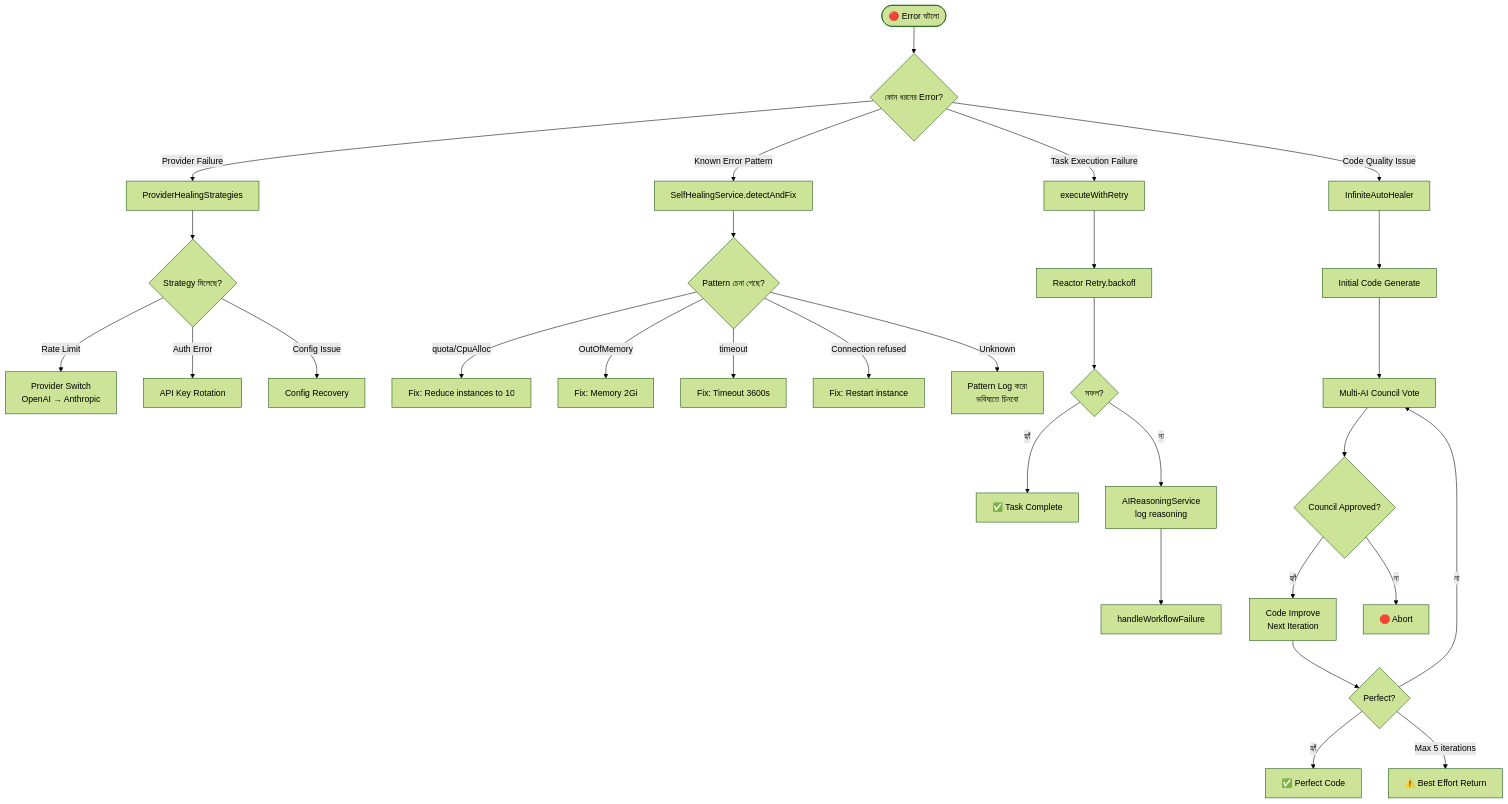
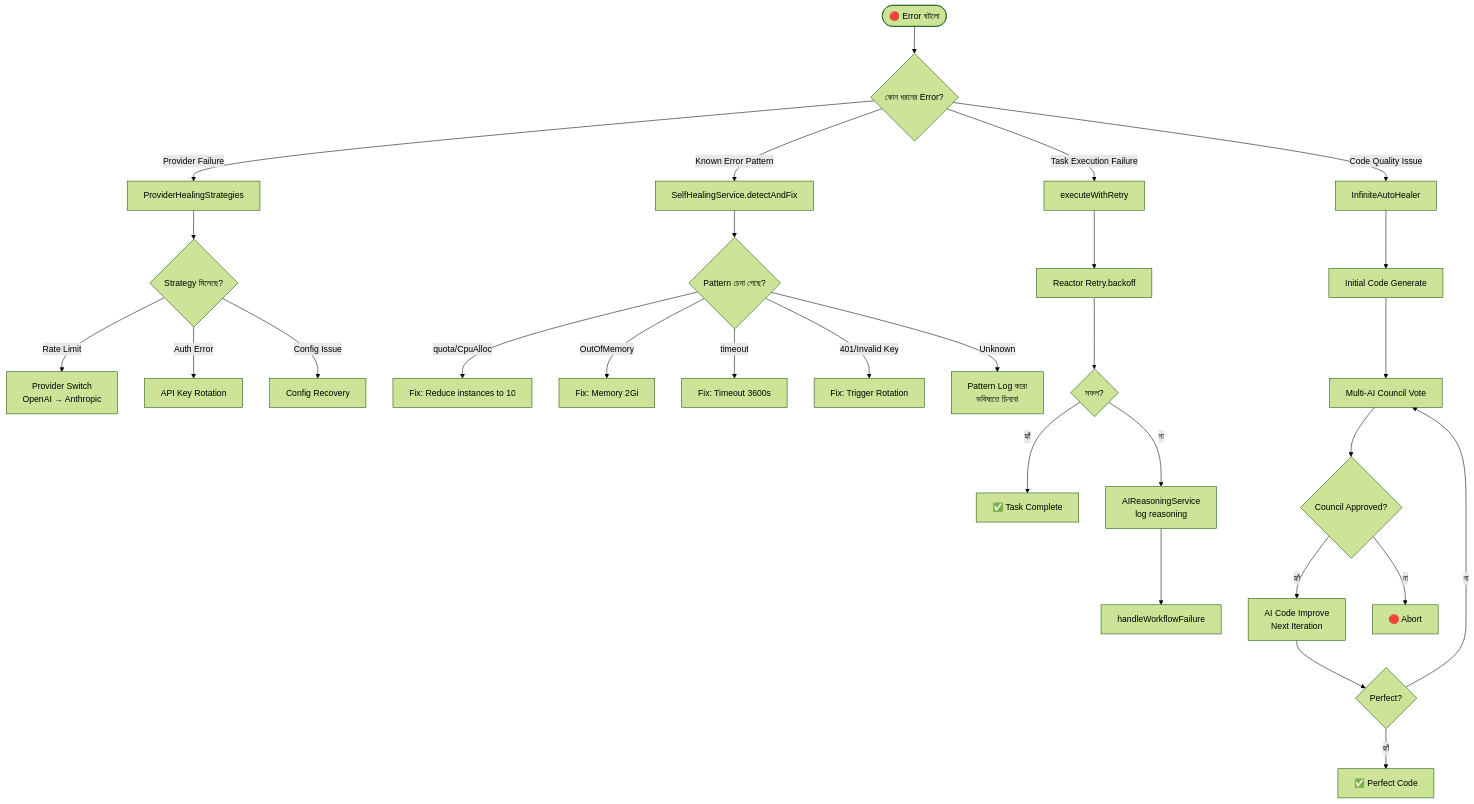
The diagram in final_document/feature_analysis/created by antrigravityai/06_self_healing/ANALYSIS.md (SaifulHaqueNiloy/supremeai), drawn with Mermaid (forest theme) before and after one commit. The commit also changed other lines of this file and 7 other files, not shown here.

````diff
--- a/final_document/feature_analysis/created by antrigravityai/06_self_healing/ANALYSIS.md
+++ b/final_document/feature_analysis/created by antrigravityai/06_self_healing/ANALYSIS.md
@@ -19,37 +20,36 @@
 ```mermaid
 flowchart TD
     A([🔴 Error ঘটলো]) --> B{কোন ধরনের Error?}
 
     B -->|"Provider Failure"| C[ProviderHealingStrategies]
     B -->|"Known Error Pattern"| D[SelfHealingService.detectAndFix]
     B -->|"Task Execution Failure"| E[executeWithRetry]
     B -->|"Code Quality Issue"| F[InfiniteAutoHealer]
 
     C --> C1{Strategy মিলেছে?}
     C1 -->|"Rate Limit"| C2[Provider Switch\nOpenAI → Anthropic]
     C1 -->|"Auth Error"| C3[API Key Rotation]
     C1 -->|"Config Issue"| C4[Config Recovery]
 
     D --> D1{Pattern চেনা গেছে?}
     D1 -->|"quota/CpuAlloc"| D2["Fix: Reduce instances to 10"]
     D1 -->|"OutOfMemory"| D3["Fix: Memory 2Gi"]
     D1 -->|"timeout"| D4["Fix: Timeout 3600s"]
-    D1 -->|"Connection refused"| D5["Fix: Restart instance"]
+    D1 -->|"401/Invalid Key"| D5["Fix: Trigger Rotation"]
     D1 -->|"Unknown"| D6[Pattern Log করো\nভবিষ্যতে চিনবো]
 
     E --> E1[Reactor Retry.backoff]
     E1 --> E2{সফল?}
     E2 -->|হ্যাঁ| E3[✅ Task Complete]
     E2 -->|না| E4[AIReasoningService\nlog reasoning]
     E4 --> E5[handleWorkflowFailure]
 
     F --> F1[Initial Code Generate]
     F1 --> F2[Multi-AI Council Vote]
     F2 --> F3{Council Approved?}
-    F3 -->|হ্যাঁ| F4[Code Improve\nNext Iteration]
+    F3 -->|হ্যাঁ| F4[AI Code Improve\nNext Iteration]
     F3 -->|না| F5[🛑 Abort]
     F4 --> F6{Perfect?}
     F6 -->|হ্যাঁ| F7[✅ Perfect Code]
     F6 -->|না| F2
-    F6 -->|"Max 5 iterations"| F8[⚠️ Best Effort Return]
 ```
````
